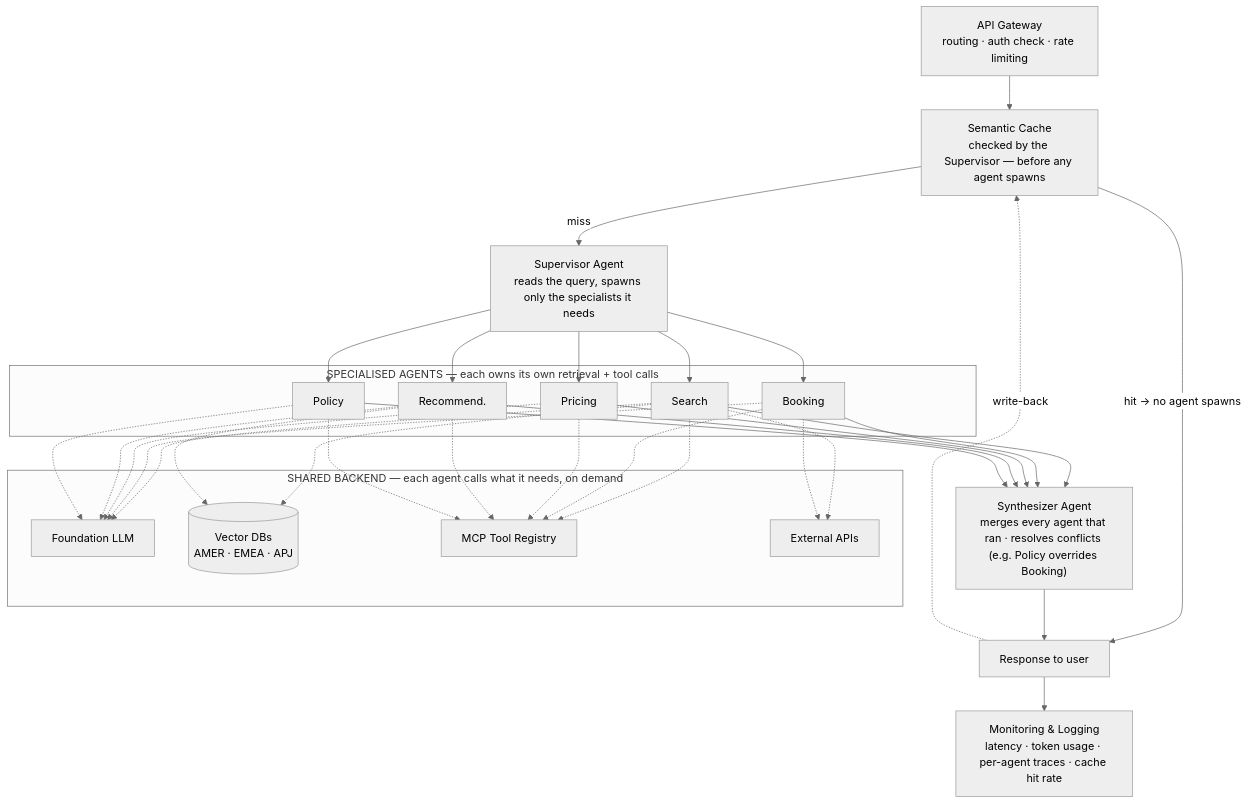
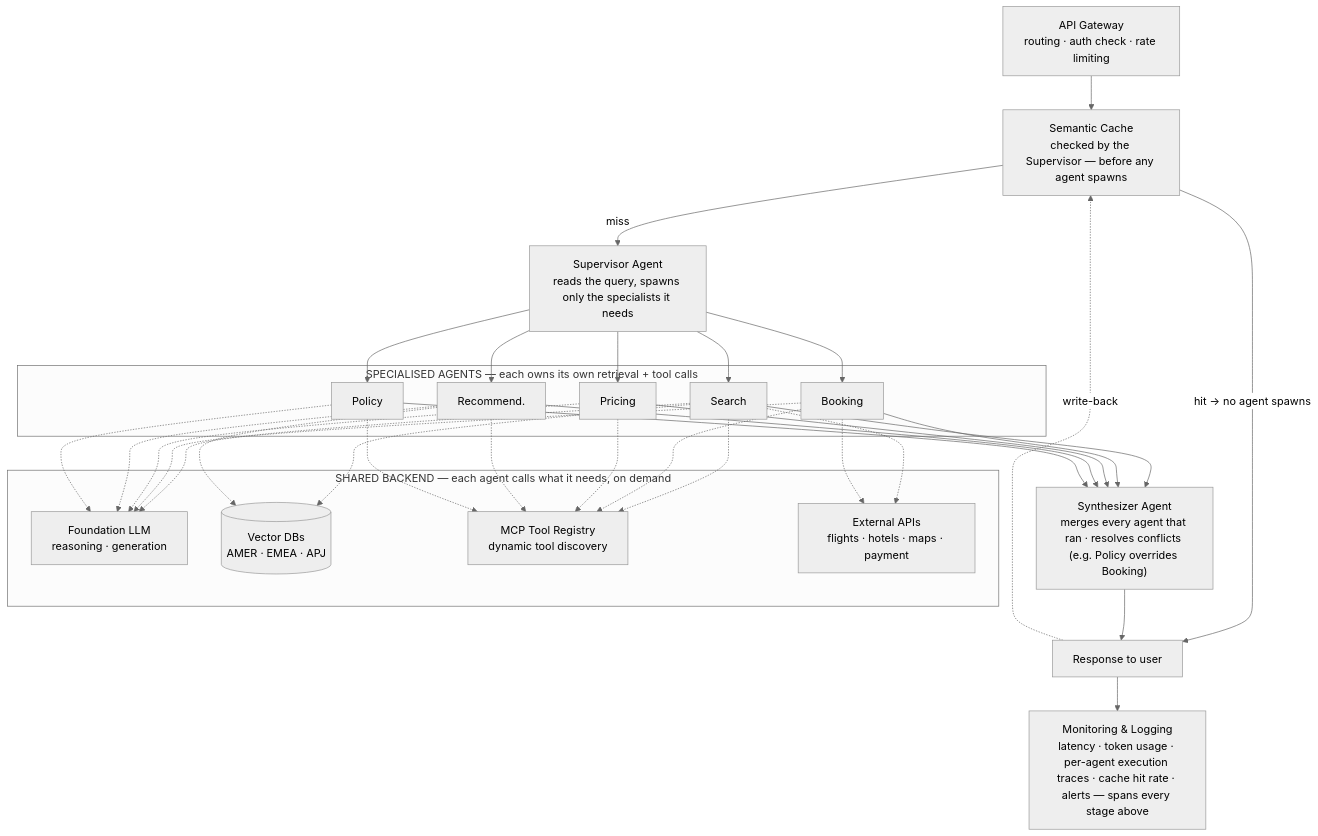
The diagram in 4. FDE_Related_Preparation/System_Design and Delivery/1. System Design Overview.md (Sourav692/INTERVIEW-PREPARATION), drawn with Mermaid (neutral theme) before and after one commit. The commit also changed 11 other files, not shown here.

````diff
--- a/4. FDE_Related_Preparation/System_Design and Delivery/1. System Design Overview.md
+++ b/4. FDE_Related_Preparation/System_Design and Delivery/1. System Design Overview.md
@@ -46,32 +46,32 @@
 ```mermaid
 flowchart TB
   GW["API Gateway<br/>routing · auth check · rate limiting"] --> SC["Semantic Cache<br/>checked by the Supervisor — before any agent spawns"]
   SC -- "hit → no agent spawns" --> RESP[Response to user]
   SC -- miss --> SUP["Supervisor Agent<br/>reads the query, spawns only the specialists it needs"]
 
   subgraph AGENTS["SPECIALISED AGENTS — each owns its own retrieval + tool calls"]
     A1[Search]
     A2[Booking]
     A3[Pricing]
     A4[Recommend.]
     A5[Policy]
   end
   SUP --> A1 & A2 & A3 & A4 & A5
 
   subgraph BACKEND["SHARED BACKEND — each agent calls what it needs, on demand"]
-    LLM[Foundation LLM]
+    LLM["Foundation LLM<br/>reasoning · generation"]
     VDB[("Vector DBs<br/>AMER · EMEA · APJ")]
-    MCP[MCP Tool Registry]
-    API[External APIs]
+    MCP["MCP Tool Registry<br/>dynamic tool discovery"]
+    API["External APIs<br/>flights · hotels · maps · payment"]
   end
   A1 -.-> LLM & VDB & MCP & API
   A2 -.-> LLM & MCP & API
   A3 -.-> LLM & MCP
   A4 -.-> LLM & VDB & MCP
   A5 -.-> LLM & MCP
 
   A1 & A2 & A3 & A4 & A5 --> SYN["Synthesizer Agent<br/>merges every agent that ran · resolves conflicts (e.g. Policy overrides Booking)"]
   SYN --> RESP
   RESP -. "write-back" .-> SC
-  RESP --> MON[Monitoring & Logging<br/>latency · token usage · per-agent traces · cache hit rate]
+  RESP --> MON[Monitoring & Logging<br/>latency · token usage · per-agent execution traces · cache hit rate · alerts — spans every stage above]
 ```
````
